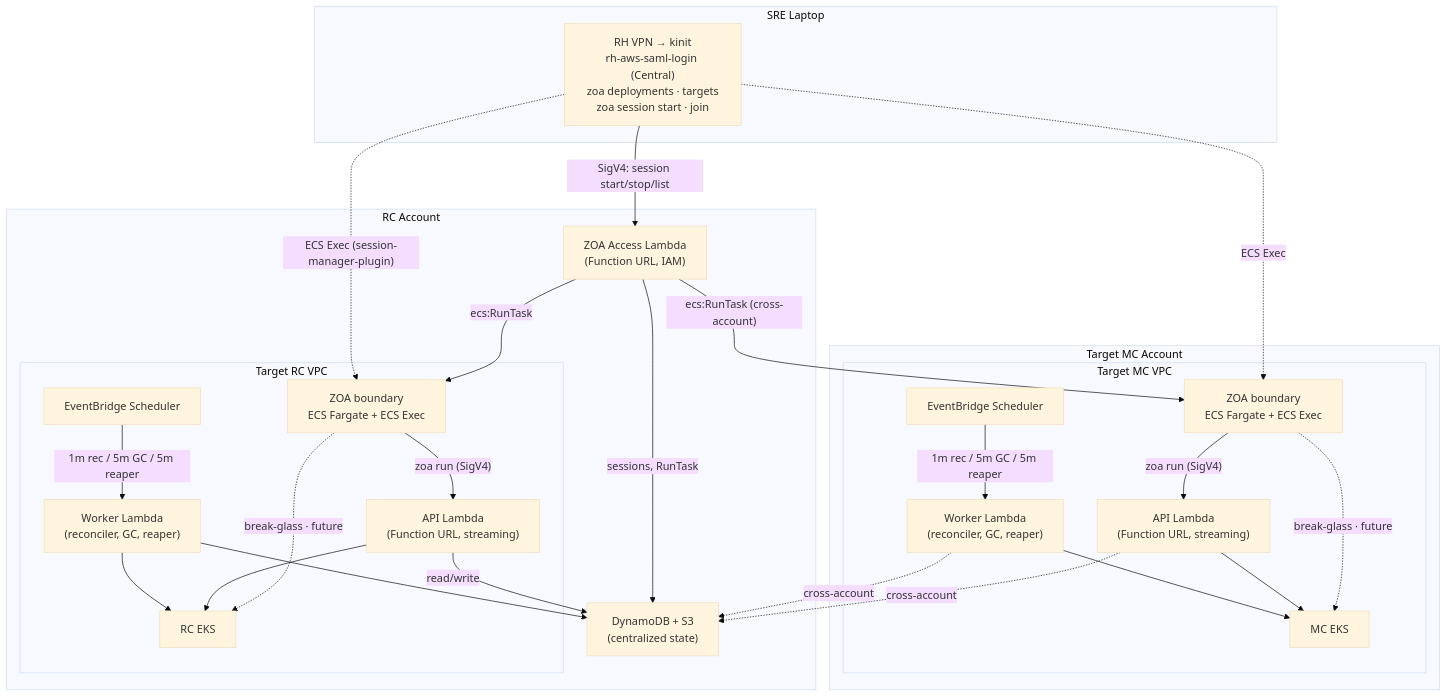
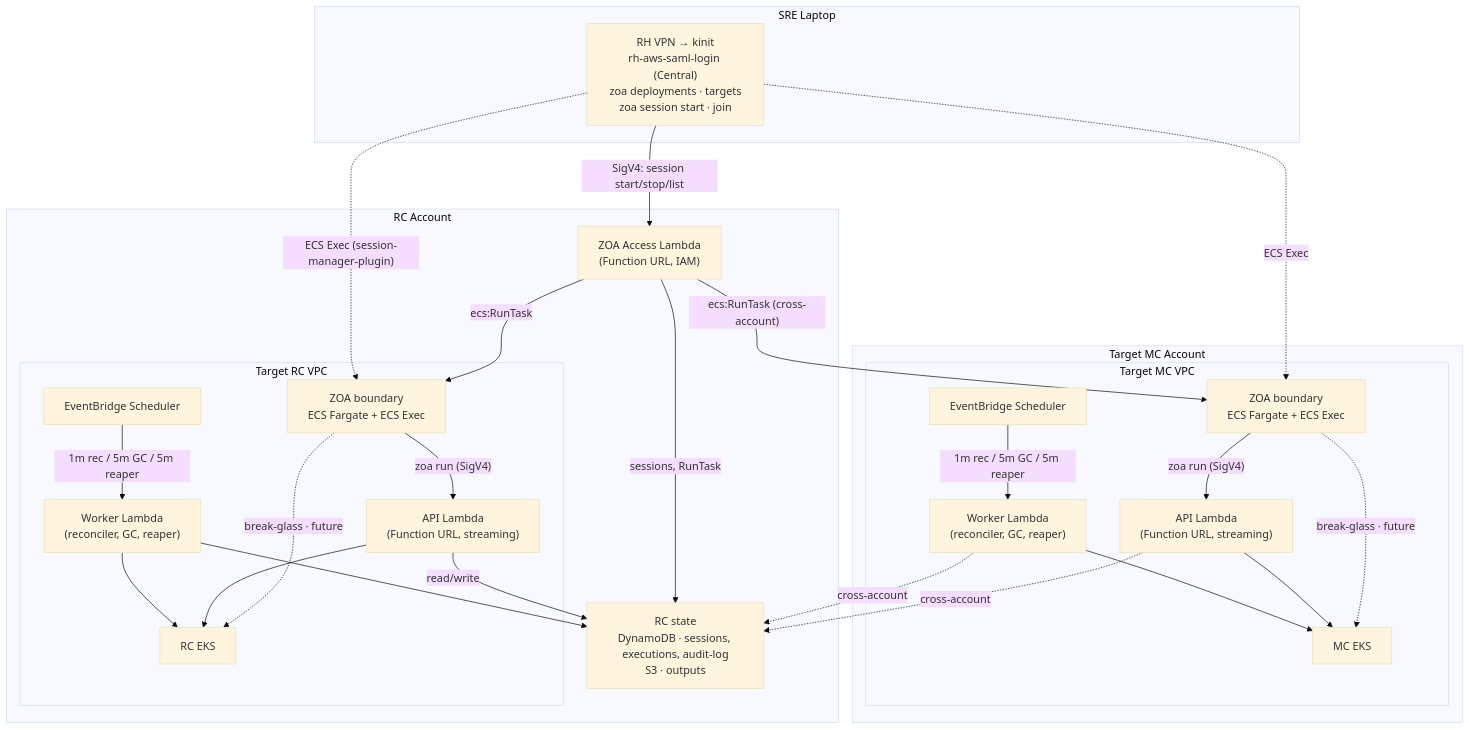
The diagram in README.md (slopezz/rosa-hyperfleet-zoa), drawn with Mermaid (base theme) before and after one commit.

Commit message:
ROSAENG-68805 | docs: compact STATE node with dagre layout pinned
List DynamoDB tables and S3 outputs in two lines; keep layout: dagre for
stable GitHub rendering.

````diff
--- a/README.md
+++ b/README.md
@@ -75,59 +75,59 @@
 ```mermaid
 ---
 config:
   layout: dagre
 ---
 graph TD
     subgraph laptop["SRE Laptop"]
         L["RH VPN → kinit<br/>rh-aws-saml-login (Central)<br/>zoa deployments · targets<br/>zoa session start · join"]
     end
 
     subgraph rc["RC Account"]
         ACCESS["ZOA Access Lambda<br/>(Function URL, IAM)"]
-        DDB["DynamoDB + S3<br/>(centralized state)"]
+        STATE["RC state<br/>DynamoDB · sessions, executions, audit-log<br/>S3 · outputs"]
         subgraph rc_vpc["Target RC VPC"]
             BOUNDARY_RC["ZOA boundary<br/>ECS Fargate + ECS Exec"]
             EB_RC["EventBridge Scheduler"]
             API_RC["API Lambda<br/>(Function URL, streaming)"]
             WORKER_RC["Worker Lambda<br/>(reconciler, GC, reaper)"]
             EKS_RC["RC EKS"]
         end
     end
 
     subgraph mc["Target MC Account"]
         subgraph mc_vpc["Target MC VPC"]
             BOUNDARY_MC["ZOA boundary<br/>ECS Fargate + ECS Exec"]
             EB_MC["EventBridge Scheduler"]
             API_MC["API Lambda<br/>(Function URL, streaming)"]
             WORKER_MC["Worker Lambda<br/>(reconciler, GC, reaper)"]
             EKS_MC["MC EKS"]
         end
     end
 
     L -->|"SigV4: session start/stop/list"| ACCESS
-    ACCESS -->|"sessions, RunTask"| DDB
+    ACCESS -->|"sessions, RunTask"| STATE
     ACCESS -->|"ecs:RunTask"| BOUNDARY_RC
     ACCESS -->|"ecs:RunTask (cross-account)"| BOUNDARY_MC
 
     L -.->|"ECS Exec (session-manager-plugin)"| BOUNDARY_RC
     L -.->|"ECS Exec"| BOUNDARY_MC
 
     BOUNDARY_RC -->|"zoa run (SigV4)"| API_RC
     BOUNDARY_MC -->|"zoa run (SigV4)"| API_MC
 
     BOUNDARY_RC -.->|"break-glass · future"| EKS_RC
     BOUNDARY_MC -.->|"break-glass · future"| EKS_MC
 
     EB_RC -->|"1m rec / 5m GC / 5m reaper"| WORKER_RC
     EB_MC -->|"1m rec / 5m GC / 5m reaper"| WORKER_MC
 
     API_RC --> EKS_RC
     WORKER_RC --> EKS_RC
     API_MC --> EKS_MC
     WORKER_MC --> EKS_MC
 
-    API_RC -->|"read/write"| DDB
-    WORKER_RC --> DDB
-    API_MC -.->|"cross-account"| DDB
-    WORKER_MC -.->|"cross-account"| DDB
+    API_RC -->|"read/write"| STATE
+    WORKER_RC --> STATE
+    API_MC -.->|"cross-account"| STATE
+    WORKER_MC -.->|"cross-account"| STATE
 ```
````
